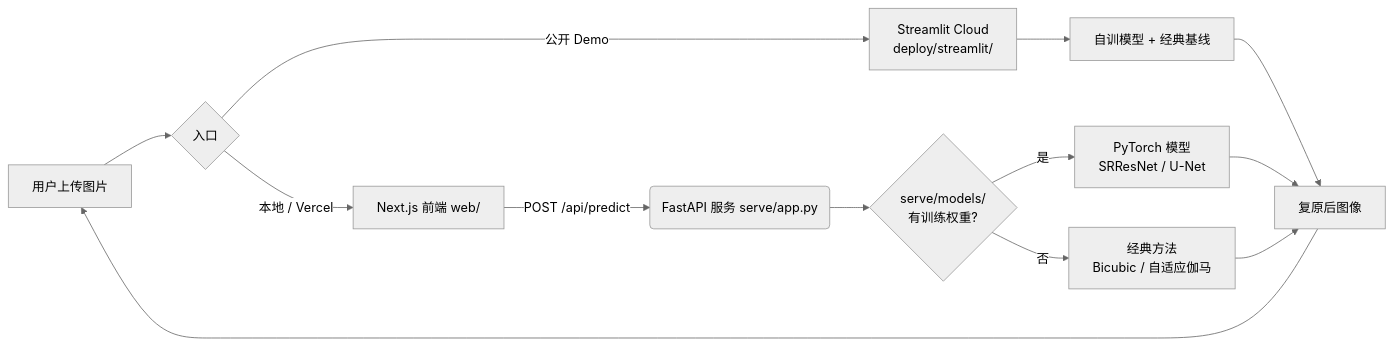
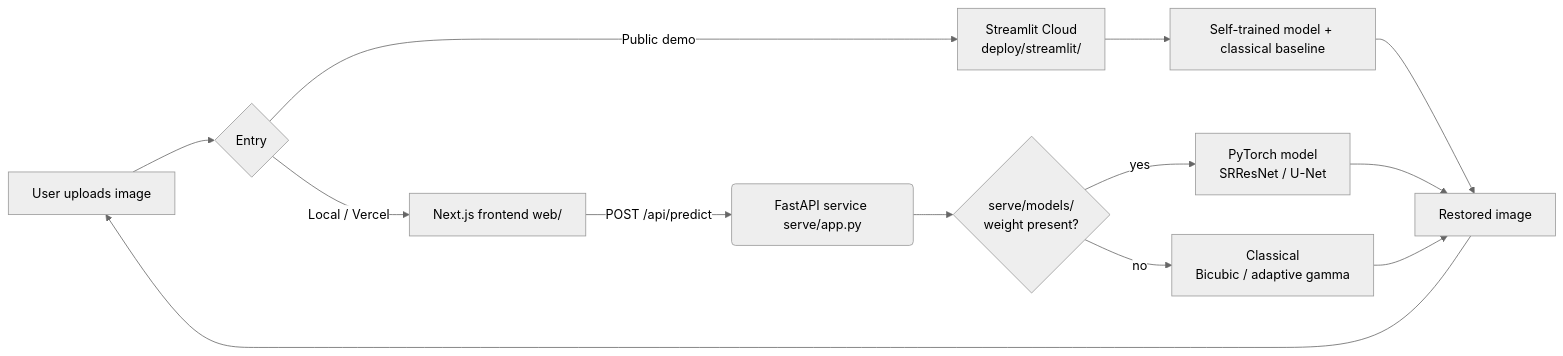
One commit to ElijahZhao/pixelforge-image-restoration- changed the diagram in README.md. Above: the diagram before and after it, drawn with Mermaid (neutral theme). The commit also changed other lines of this file and 4 other files, not shown here.

````diff
--- a/README.md
+++ b/README.md
@@ -85,15 +91,15 @@
 ```mermaid
 flowchart LR
-    A[用户上传图片] --> B{入口}
-    B -->|公开 Demo| C[Streamlit Cloud<br/>deploy/streamlit/]
-    B -->|本地 / Vercel| D[Next.js 前端 web/]
-    C --> E[自训模型 + 经典基线]
-    D -->|POST /api/predict| F(FastAPI 服务 serve/app.py)
-    F --> G{serve/models/<br/>有训练权重?}
-    G -->|是| H[PyTorch 模型<br/>SRResNet / U-Net]
-    G -->|否| I[经典方法<br/>Bicubic / 自适应伽马]
-    E --> J[复原后图像]
+    A[User uploads image] --> B{Entry}
+    B -->|Public demo| C[Streamlit Cloud<br/>deploy/streamlit/]
+    B -->|Local / Vercel| D[Next.js frontend web/]
+    C --> E[Self-trained model + classical baseline]
+    D -->|POST /api/predict| F(FastAPI service serve/app.py)
+    F --> G{serve/models/<br/>weight present?}
+    G -->|yes| H[PyTorch model<br/>SRResNet / U-Net]
+    G -->|no| I[Classical<br/>Bicubic / adaptive gamma]
+    E --> J[Restored image]
     H --> J
     I --> J
     J --> A
 ```
````
